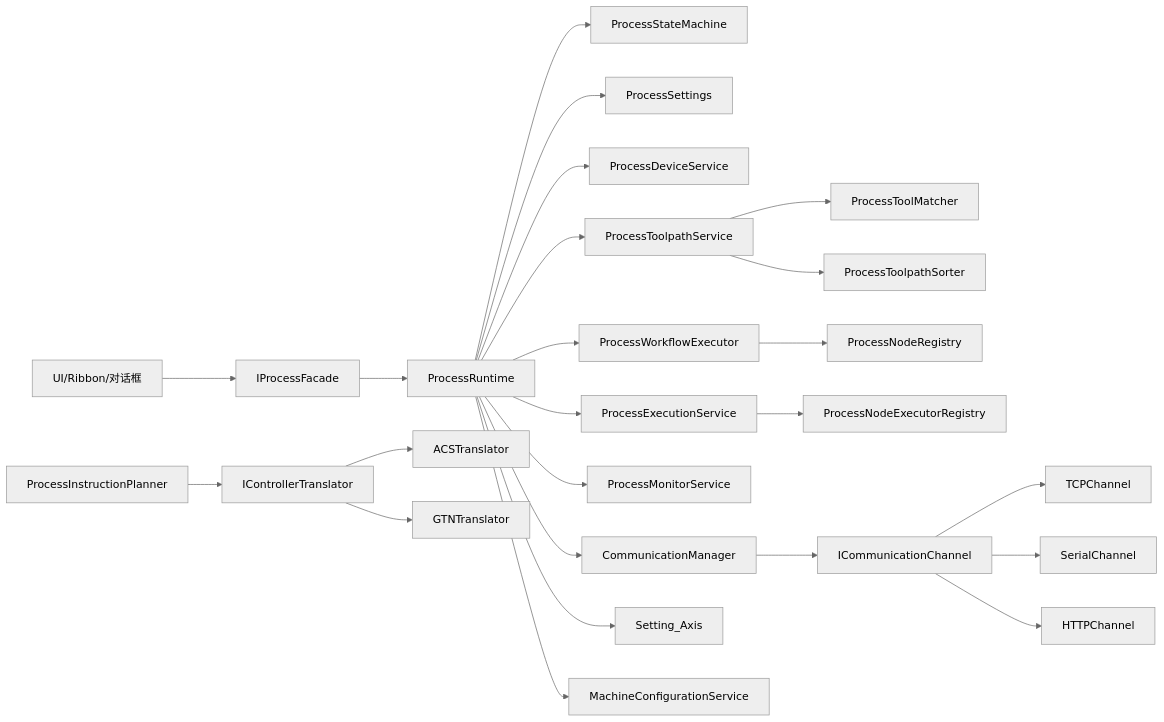
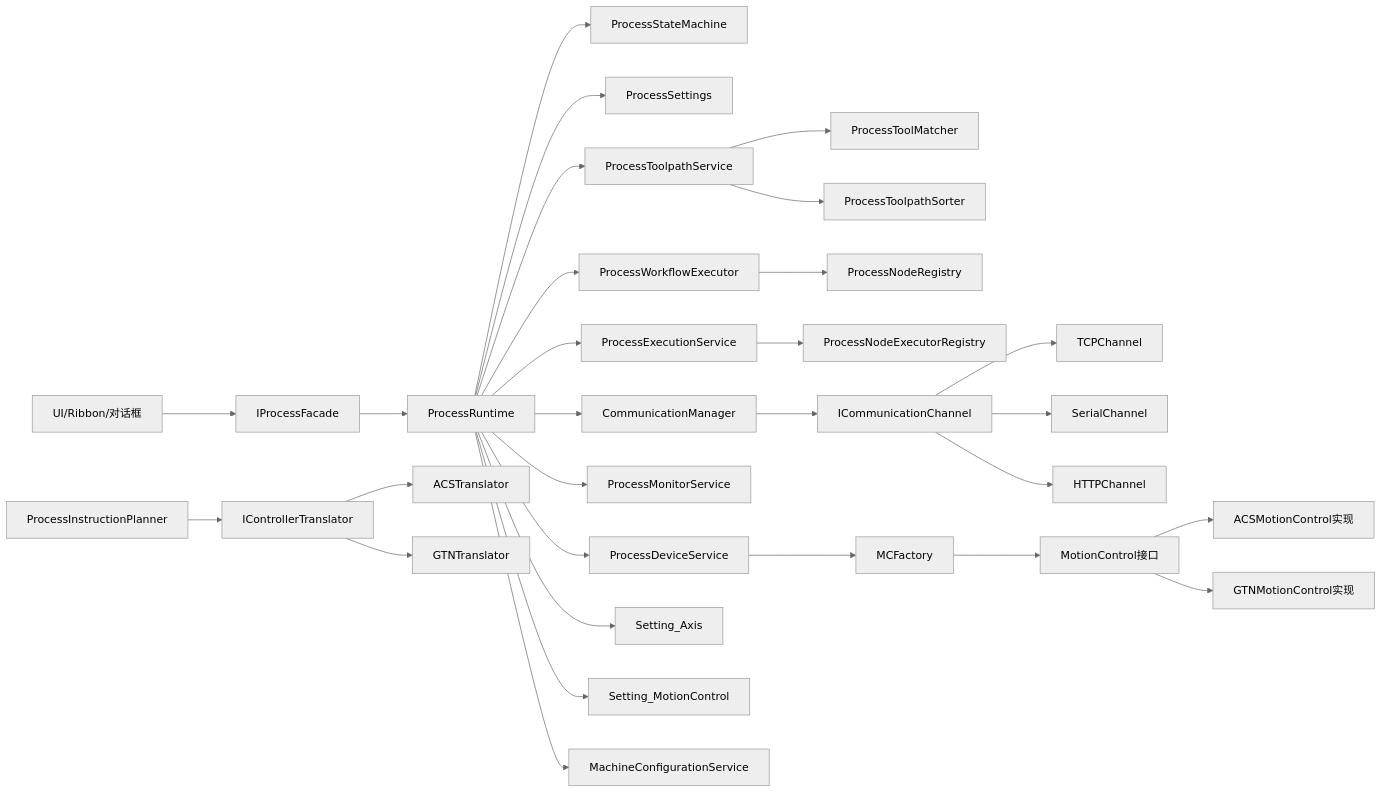
One commit to super1wang/LaserCNCv1.0 changed the second of 10 diagrams in .qoder/repowiki/zh/content/项目概述/模块设计/Process模块设计/Process模块设计.md. Above: the diagram before and after it, drawn with Mermaid (neutral theme). The commit also changed other lines of this file and 25 other files, not shown here.

````diff
--- a/.qoder/repowiki/zh/content/项目概述/模块设计/Process模块设计/Process模块设计.md
+++ b/.qoder/repowiki/zh/content/项目概述/模块设计/Process模块设计/Process模块设计.md
@@ -207,26 +227,31 @@
 ```mermaid
 graph LR
 UI["UI/Ribbon/对话框"] --> IF["IProcessFacade"]
 IF --> PR["ProcessRuntime"]
 PR --> PSM["ProcessStateMachine"]
 PR --> PS["ProcessSettings"]
 PR --> PD["ProcessDeviceService"]
 PR --> PTS["ProcessToolpathService"]
 PR --> PWS["ProcessWorkflowExecutor"]
 PR --> PES["ProcessExecutionService"]
 PR --> PMS["ProcessMonitorService"]
 PR --> PCM["CommunicationManager"]
 PR --> SA["Setting_Axis"]
+PR --> SMC["Setting_MotionControl"]
 PR --> MC["MachineConfigurationService"]
 PTS --> PTM["ProcessToolMatcher"]
 PTS --> STS["ProcessToolpathSorter"]
 PWS --> PNR["ProcessNodeRegistry"]
 PES --> PNER["ProcessNodeExecutorRegistry"]
 PIP["ProcessInstructionPlanner"] --> ICT["IControllerTranslator"]
 ICT --> ACT["ACSTranslator"]
 ICT --> GNT["GTNTranslator"]
 PCM --> ICC["ICommunicationChannel"]
 ICC --> TCP["TCPChannel"]
 ICC --> SRL["SerialChannel"]
 ICC --> HTTP["HTTPChannel"]
+PD --> MCFactory["MCFactory"]
+MCFactory --> PMC["MotionControl接口"]
+PMC --> ACS["ACSMotionControl实现"]
+PMC --> GTN["GTNMotionControl实现"]
 ```
````
